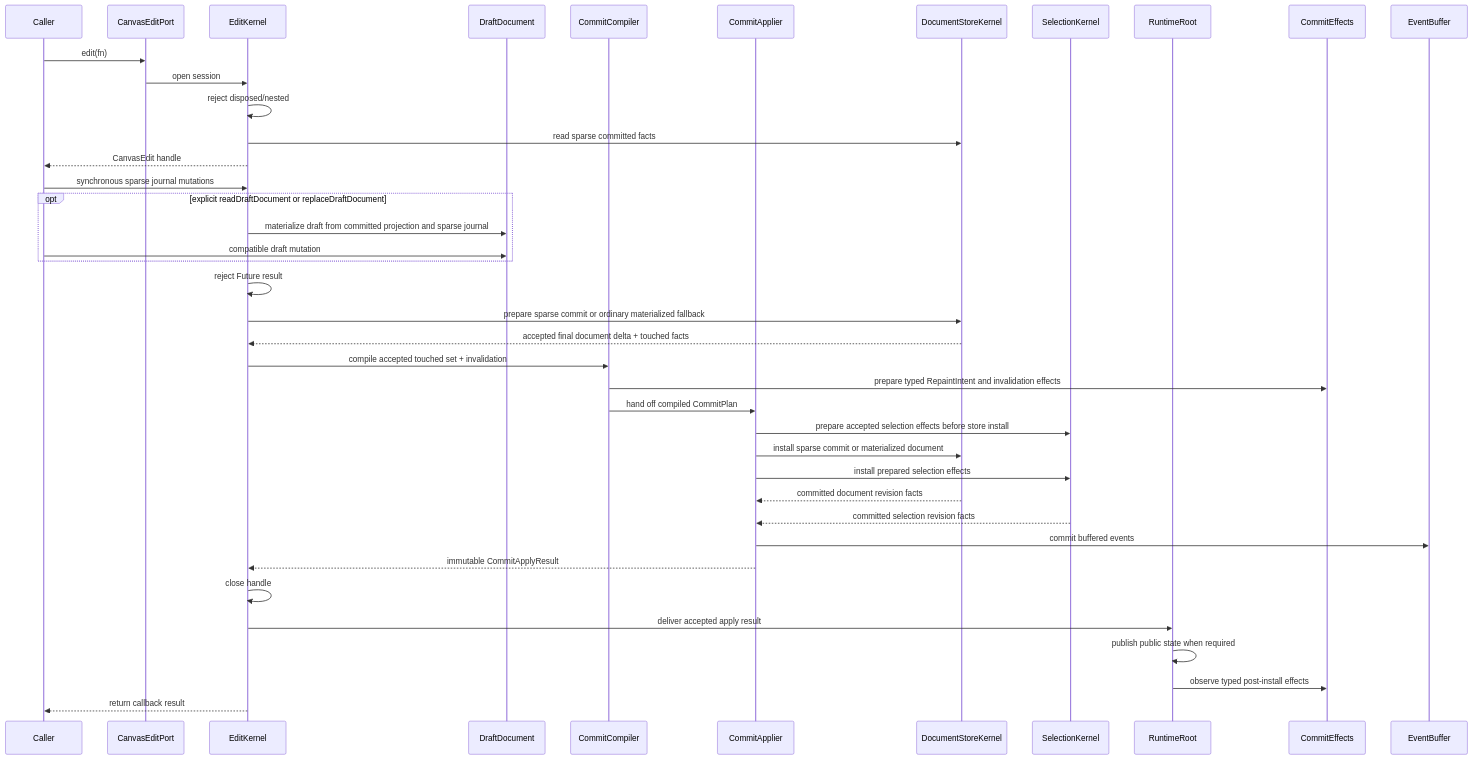
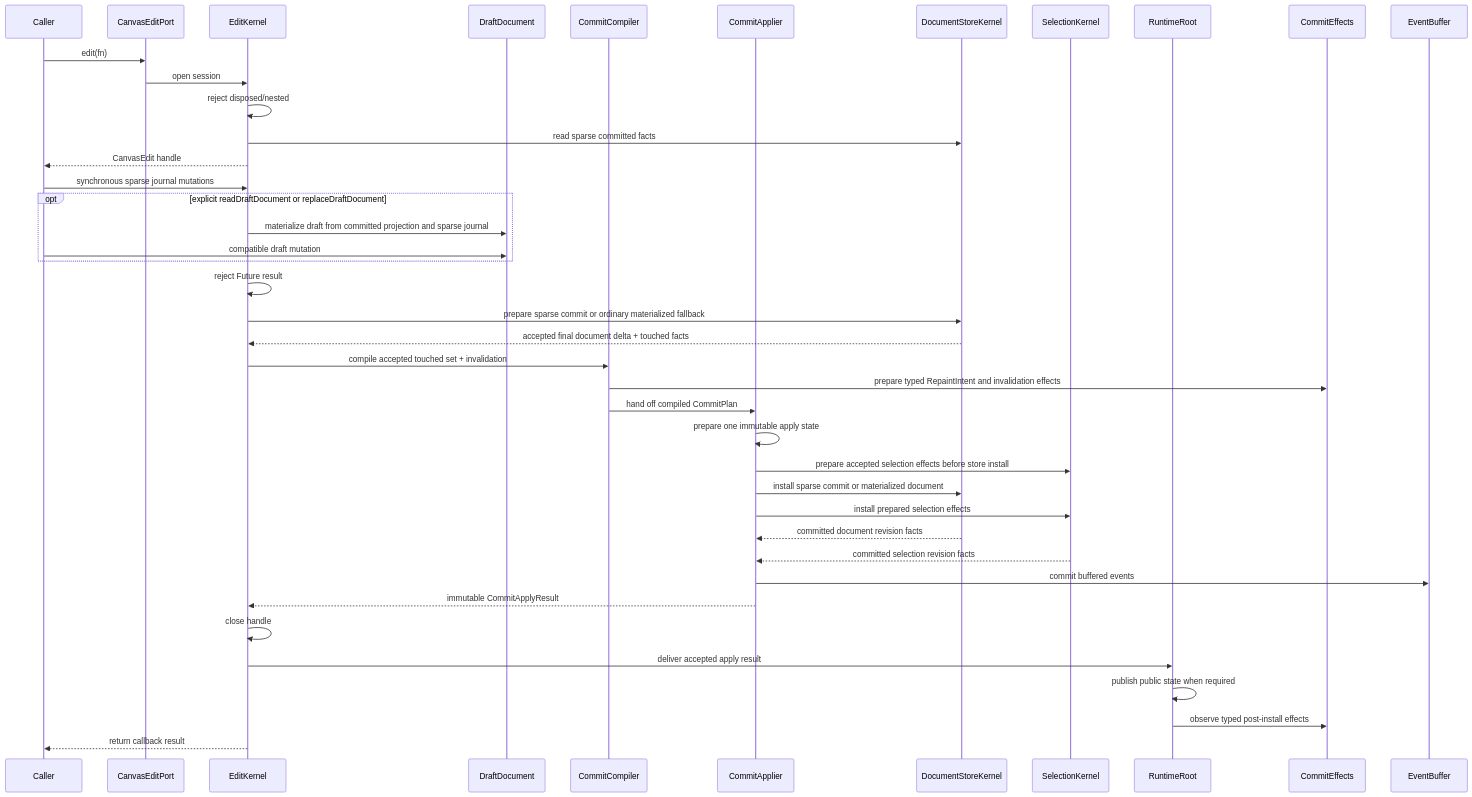
One commit to GreatPika/iwb_canvas_engine changed the first of 2 diagrams in docs/contracts/edit_kernel.md. Above: the diagram before and after it, drawn with Mermaid. The commit also changed other lines of this file and 6 other files, not shown here.

First line of the commit message:
refactor(edit): prepare commit apply state once

````diff
--- a/docs/contracts/edit_kernel.md
+++ b/docs/contracts/edit_kernel.md
@@ -46,43 +46,44 @@
 ```mermaid
 sequenceDiagram
   participant Caller
   participant API as CanvasEditPort
   participant EK as EditKernel
   participant Draft as DraftDocument
   participant CC as CommitCompiler
   participant Applier as CommitApplier
   participant Store as DocumentStoreKernel
   participant Selection as SelectionKernel
   participant Runtime as RuntimeRoot
   participant Effects as CommitEffects
   participant Events as EventBuffer
 
   Caller->>API: edit(fn)
   API->>EK: open session
   EK->>EK: reject disposed/nested
   EK->>Store: read sparse committed facts
   EK-->>Caller: CanvasEdit handle
   Caller->>EK: synchronous sparse journal mutations
   opt explicit readDraftDocument or replaceDraftDocument
     EK->>Draft: materialize draft from committed projection and sparse journal
     Caller->>Draft: compatible draft mutation
   end
   EK->>EK: reject Future result
   EK->>Store: prepare sparse commit or ordinary materialized fallback
   Store-->>EK: accepted final document delta + touched facts
   EK->>CC: compile accepted touched set + invalidation
   CC->>Effects: prepare typed RepaintIntent and invalidation effects
   CC->>Applier: hand off compiled CommitPlan
+  Applier->>Applier: prepare one immutable apply state
   Applier->>Selection: prepare accepted selection effects before store install
   Applier->>Store: install sparse commit or materialized document
   Applier->>Selection: install prepared selection effects
   Store-->>Applier: committed document revision facts
   Selection-->>Applier: committed selection revision facts
   Applier->>Events: commit buffered events
   Applier-->>EK: immutable CommitApplyResult
   EK->>EK: close handle
   EK->>Runtime: deliver accepted apply result
   Runtime->>Runtime: publish public state when required
   Runtime->>Effects: observe typed post-install effects
   EK-->>Caller: return callback result
 ```
````
